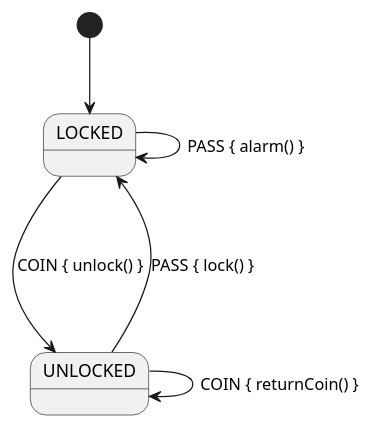
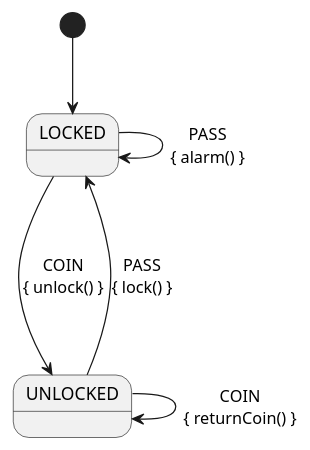
One commit to open-jumpco/kfsm changed the diagram in src/doc/plantuml/turnstile-fsm.plantuml. Above: the diagram before and after it, drawn with PlantUML. The commit also changed 2 other files, not shown here.

```diff
--- a/src/doc/plantuml/turnstile-fsm.plantuml
+++ b/src/doc/plantuml/turnstile-fsm.plantuml
@@ -1,9 +1,9 @@
 @startuml
 
 [*] --> LOCKED
-LOCKED ---> UNLOCKED : COIN { unlock() }
-UNLOCKED ---> LOCKED : PASS { lock() }
-LOCKED ---> LOCKED : PASS { alarm() }
-UNLOCKED ---> UNLOCKED : COIN { returnCoin() }
+LOCKED ---> UNLOCKED : COIN\n{ unlock() }
+UNLOCKED ---> LOCKED : PASS\n{ lock() }
+LOCKED ---> LOCKED : PASS\n{ alarm() }
+UNLOCKED ---> UNLOCKED : COIN\n{ returnCoin() }
 
 @enduml
```
